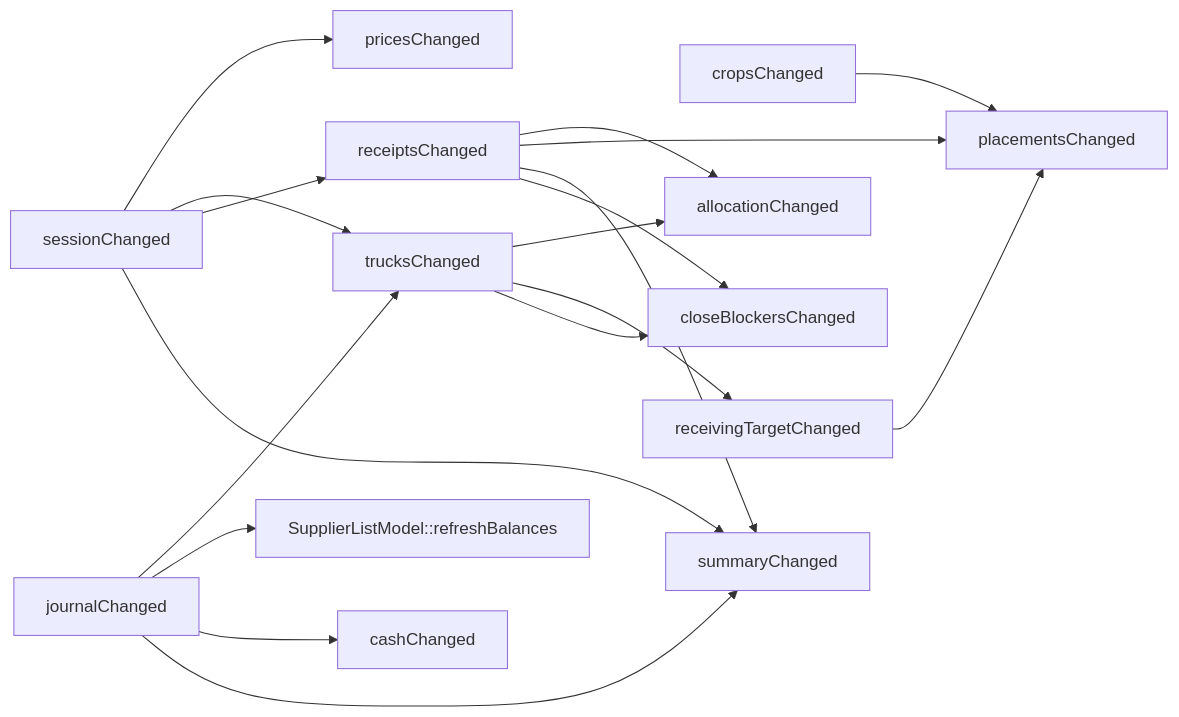
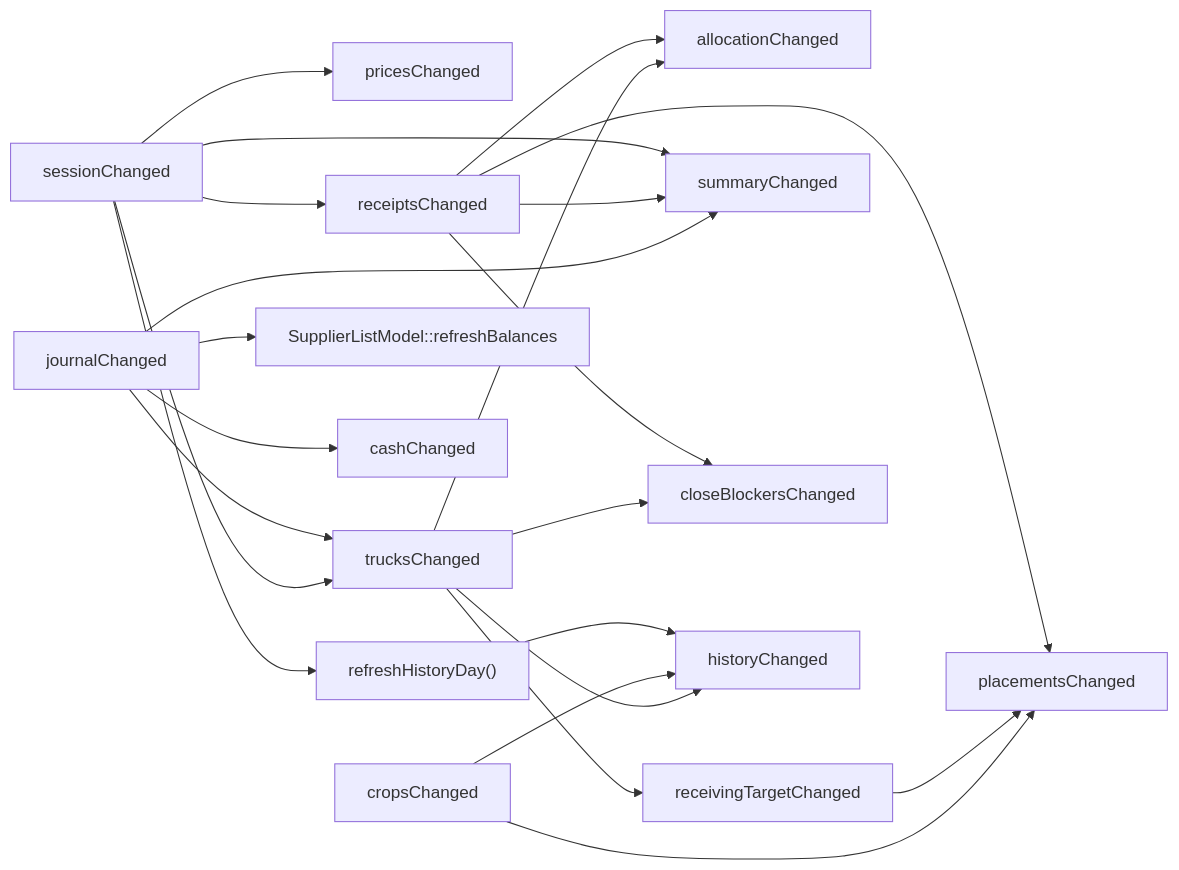
Before and after one commit to IsNazarii/Berry-WMS-Terminal: the diagram in docs/ui.md, drawn with Mermaid. The commit also changed other lines of this file and 6 other files, not shown here.

````diff
--- a/docs/ui.md
+++ b/docs/ui.md
@@ -421,20 +446,23 @@
 ```mermaid
 flowchart LR
     S[sessionChanged] --> P[pricesChanged]
     S --> T[trucksChanged]
     S --> R[receiptsChanged]
     J[journalChanged] --> T
     K[cropsChanged] --> N
     J --> M["SupplierListModel::refreshBalances"]
     J --> C[cashChanged]
     T --> A[allocationChanged]
     R --> A
     T --> G[receivingTargetChanged]
     G --> N[placementsChanged]
     R --> N
     J --> Y[summaryChanged]
     R --> Y
     S --> Y
     T --> B[closeBlockersChanged]
     R --> B
+    T --> H[historyChanged]
+    K --> H
+    S --> D["refreshHistoryDay()"] --> H
 ```
````
